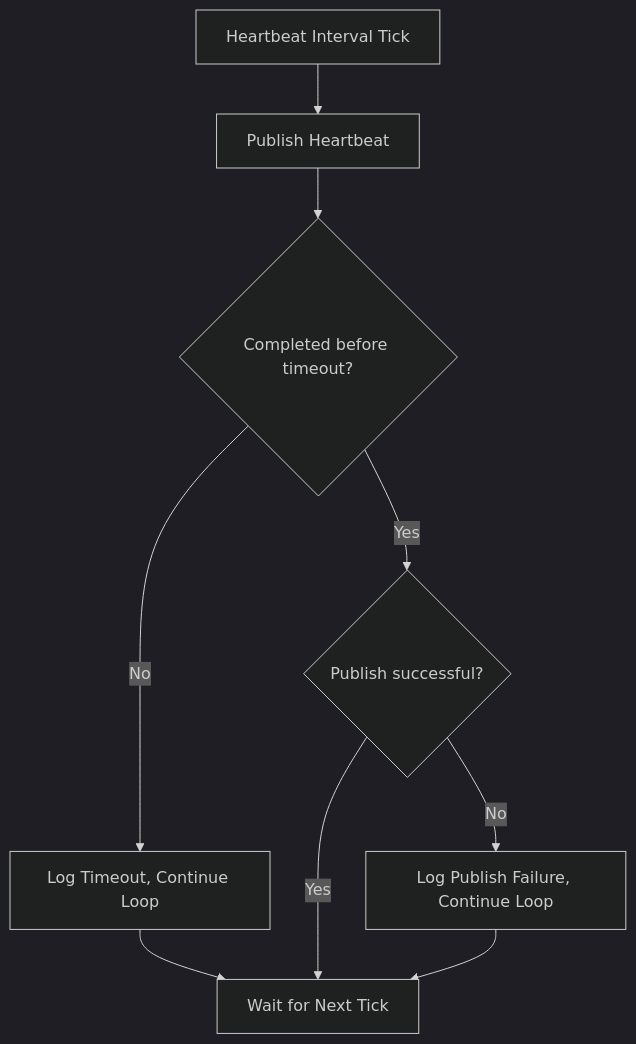
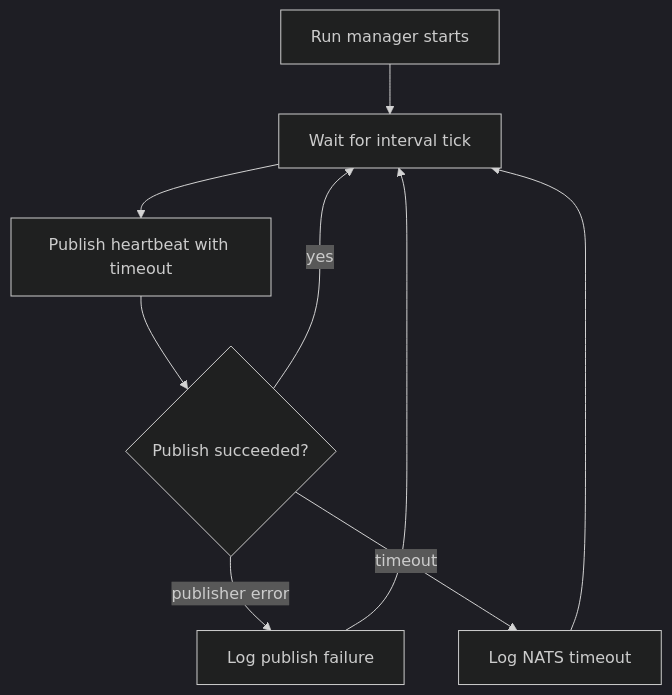
Before and after one commit to flamingo-stack/openframe-oss-tenant: the third of 3 diagrams in docs/reference/architecture/openframe-client-core/model-machine-heartbeat/model-machine-heartbeat.md, drawn with Mermaid (dark theme). The commit also changed other lines of this file and 2377 other files, not shown here.

````diff
--- a/docs/reference/architecture/openframe-client-core/model-machine-heartbeat/model-machine-heartbeat.md
+++ b/docs/reference/architecture/openframe-client-core/model-machine-heartbeat/model-machine-heartbeat.md
@@ -85,11 +86,11 @@
 ```mermaid
 flowchart TD
-    Tick["Heartbeat Interval Tick"] --> Attempt["Publish Heartbeat"]
-    Attempt --> Result{"Completed before timeout?"}
-    Result -->|"No"| Timeout["Log Timeout, Continue Loop"]
-    Result -->|"Yes"| PublishResult{"Publish successful?"}
-    PublishResult -->|"Yes"| NextTick["Wait for Next Tick"]
-    PublishResult -->|"No"| Failure["Log Publish Failure, Continue Loop"]
-    Timeout --> NextTick
-    Failure --> NextTick
+    Start["Run manager starts"] --> Tick["Wait for interval tick"]
+    Tick --> Publish["Publish heartbeat with timeout"]
+    Publish --> Result{"Publish succeeded?"}
+    Result -->|"yes"| Tick
+    Result -->|"publisher error"| LogError["Log publish failure"]
+    Result -->|"timeout"| LogTimeout["Log NATS timeout"]
+    LogError --> Tick
+    LogTimeout --> Tick
 ```
````
